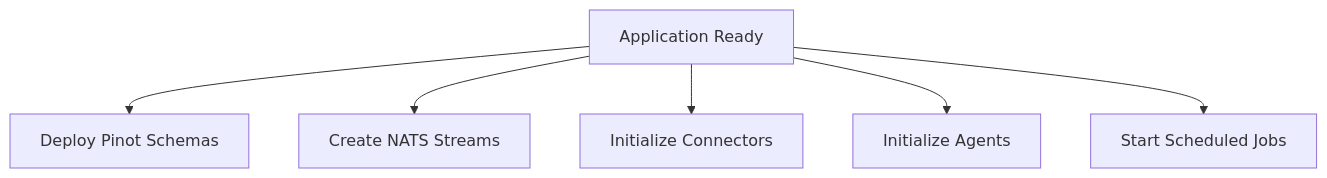
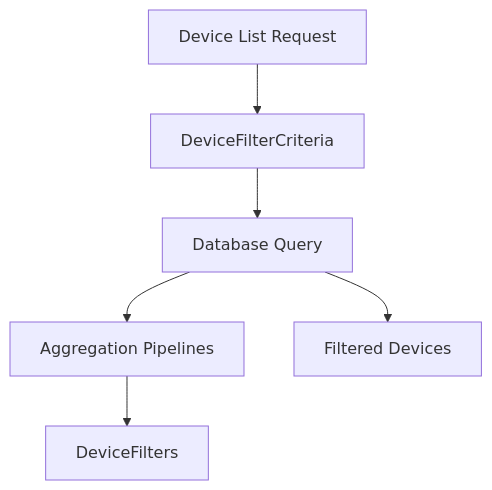
Before and after one commit to flamingo-stack/openframe-oss-lib: the sixth of 7 diagrams in docs/reference/architecture/README.md, drawn with Mermaid. The commit also changed other lines of this file and 17 other files, not shown here.

Commit message:
docs: Stage 2 - Architecture analysis (3 files) [skip ci]

````diff
--- a/docs/reference/architecture/README.md
+++ b/docs/reference/architecture/README.md
@@ -209,8 +328,15 @@
 ```mermaid
 flowchart TD
-    Startup["Application Ready"] --> PinotInit["Deploy Pinot Schemas"]
-    Startup --> NatsInit["Create NATS Streams"]
-    Startup --> DebeziumInit["Initialize Connectors"]
-    Startup --> AgentInit["Initialize Agents"]
-    Startup --> Schedulers["Start Scheduled Jobs"]
+    Request["Device List Request"]
+    Criteria["DeviceFilterCriteria"]
+    Query["Database Query"]
+    Aggregation["Aggregation Pipelines"]
+    Devices["Filtered Devices"]
+    Filters["DeviceFilters"]
+
+    Request --> Criteria
+    Criteria --> Query
+    Query --> Devices
+    Query --> Aggregation
+    Aggregation --> Filters
 ```
````
